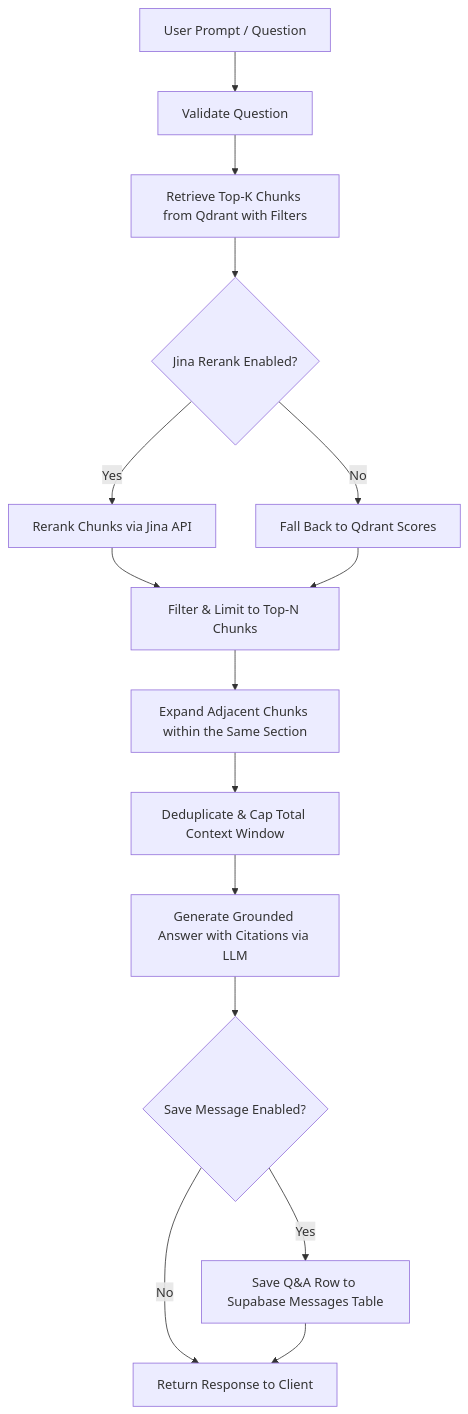
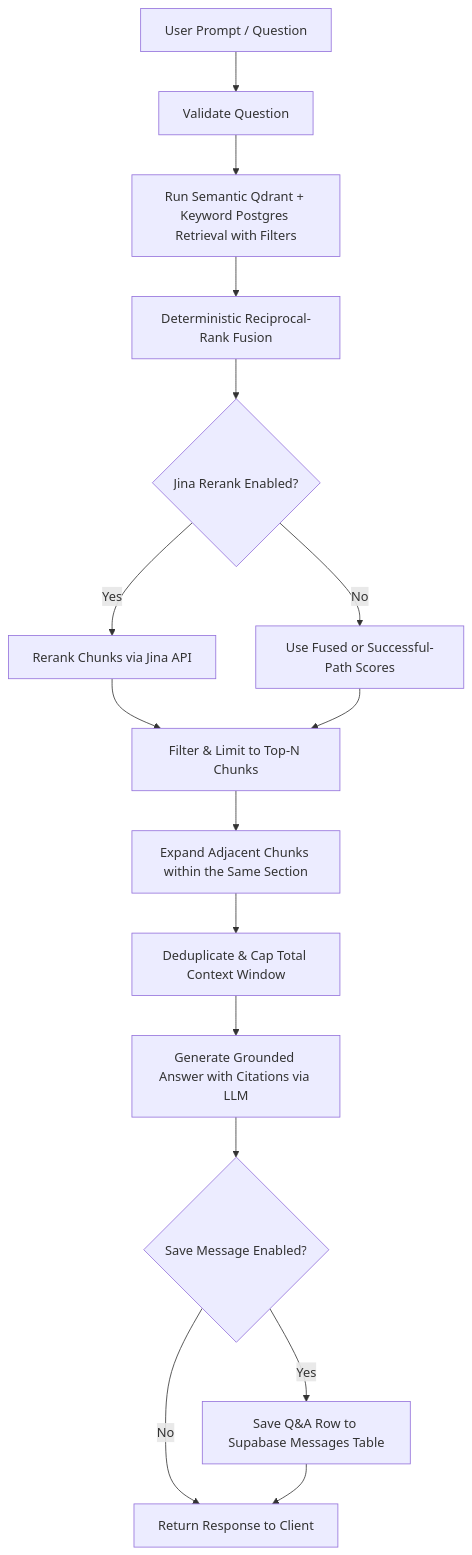
The second of 2 diagrams in README.md (phongka79d/DocumentAgent), drawn with Mermaid before and after one commit. The commit also changed other lines of this file and 23 other files, not shown here.

````diff
--- a/README.md
+++ b/README.md
@@ -53,17 +53,18 @@
 ```mermaid
 graph TD
     A[User Prompt / Question] --> B[Validate Question]
-    B --> C[Retrieve Top-K Chunks from Qdrant with Filters]
-    C --> D{Jina Rerank Enabled?}
-    D -->|Yes| E[Rerank Chunks via Jina API]
-    D -->|No| F[Fall Back to Qdrant Scores]
-    E --> G[Filter & Limit to Top-N Chunks]
-    F --> G
-    G --> H[Expand Adjacent Chunks within the Same Section]
-    H --> I[Deduplicate & Cap Total Context Window]
-    I --> J[Generate Grounded Answer with Citations via LLM]
-    J --> K{Save Message Enabled?}
-    K -->|Yes| L[Save Q&A Row to Supabase Messages Table]
-    K -->|No| M[Return Response to Client]
-    L --> M
+    B --> C[Run Semantic Qdrant + Keyword Postgres Retrieval with Filters]
+    C --> D[Deterministic Reciprocal-Rank Fusion]
+    D --> E{Jina Rerank Enabled?}
+    E -->|Yes| F[Rerank Chunks via Jina API]
+    E -->|No| G[Use Fused or Successful-Path Scores]
+    F --> H[Filter & Limit to Top-N Chunks]
+    G --> H
+    H --> I[Expand Adjacent Chunks within the Same Section]
+    I --> J[Deduplicate & Cap Total Context Window]
+    J --> K[Generate Grounded Answer with Citations via LLM]
+    K --> L{Save Message Enabled?}
+    L -->|Yes| M[Save Q&A Row to Supabase Messages Table]
+    L -->|No| N[Return Response to Client]
+    M --> N
 ```
````
